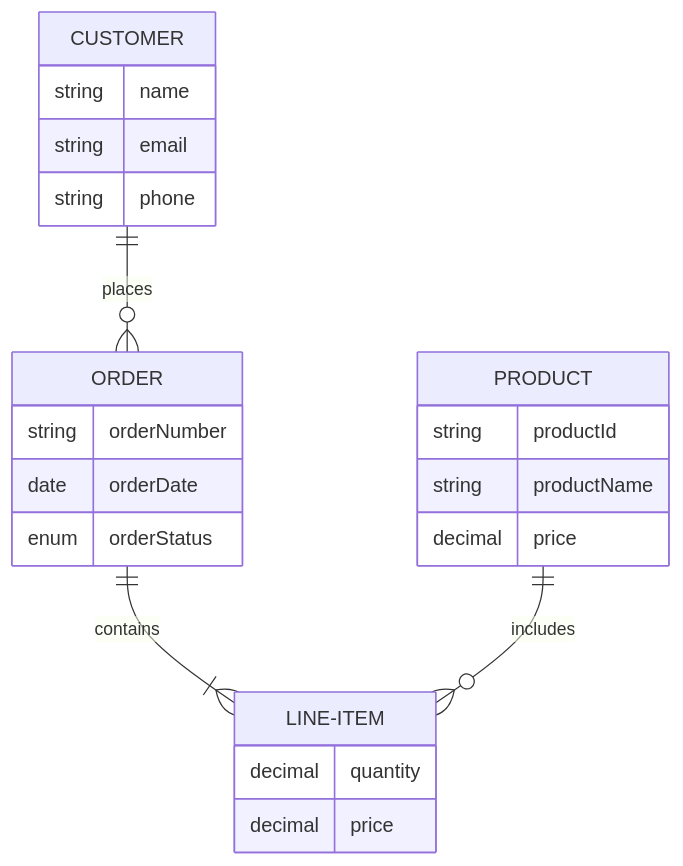
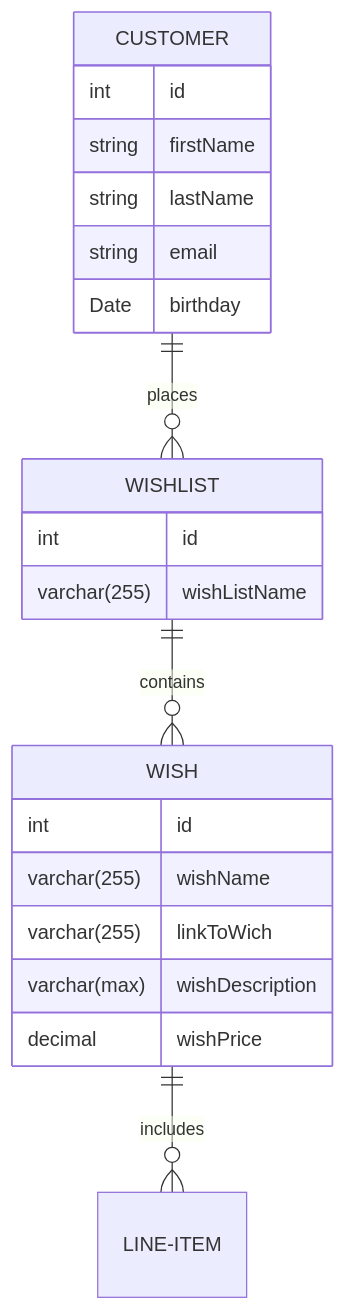
Before and after one commit to Mathias-Thomsen/WishlistMCM: the diagram in Systemudvikling/ER-model.md, drawn with Mermaid.

````diff
--- a/Systemudvikling/ER-model.md
+++ b/Systemudvikling/ER-model.md
@@ -1,25 +1,26 @@
 ```mermaid
 erDiagram
-    CUSTOMER ||--o{ ORDER : places
-    ORDER ||--|{ LINE-ITEM : contains
-    PRODUCT ||--o{ LINE-ITEM : includes
+    CUSTOMER ||--o{ WISHLIST : places
+    WISHLIST ||--o{ WISH : contains
+    WISH ||--o{ LINE-ITEM : includes
     CUSTOMER {
-        string name
+        int id 
+        string firstName
+        string lastName
         string email
-        string phone
+        Date birthday
+        
     }
-    ORDER {
-        string orderNumber
-        date orderDate
-        enum orderStatus
+    WISHLIST {
+        int id
+        varchar(255) wishListName
     }
-    PRODUCT {
-        string productId
-        string productName
-        decimal price
+    WISH {
+        int id
+        varchar(255) wishName
+        varchar(255) linkToWich
+        varchar(max) wishDescription 
+        decimal wishPrice
     }
-    LINE-ITEM {
-        decimal quantity
-        decimal price
-    }
+    
 ```
````
